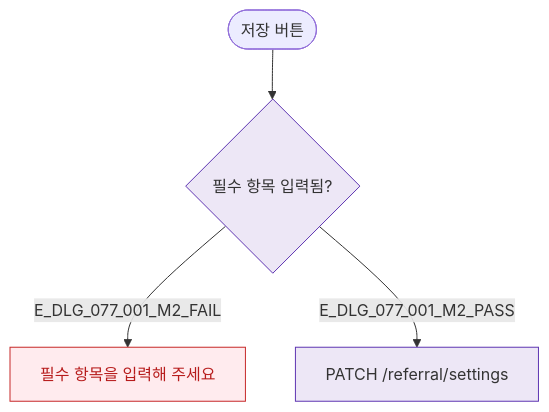
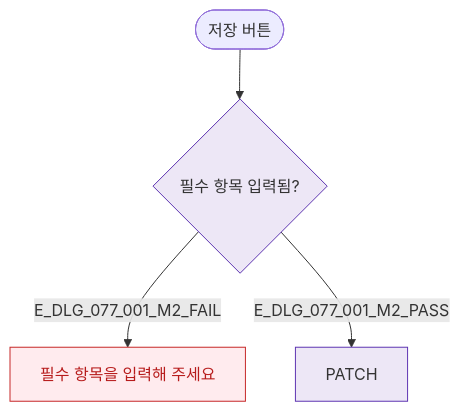
One commit to dev-spogym/admin-pando changed the diagram in docs/다이어그램/D08_마케팅/DLG/DLG-077-001/M2_필드검증.md. Above: the diagram before and after it, drawn with Mermaid. The commit also changed other lines of this file and 1660 other files, not shown here.

First line of the commit message:
다이어그램: 기획자/클라이언트 납품본으로 정리

````diff
--- a/docs/다이어그램/D08_마케팅/DLG/DLG-077-001/M2_필드검증.md
+++ b/docs/다이어그램/D08_마케팅/DLG/DLG-077-001/M2_필드검증.md
@@ -14,12 +12,12 @@
 ```mermaid
 flowchart TD
   SUBMIT([저장 버튼]) --> V_REQ{필수 항목 입력됨?}
-  V_REQ -->|E_DLG_077_001_M2_FAIL| ERR[필수 항목을 입력해 주세요]
-  V_REQ -->|E_DLG_077_001_M2_PASS| API[PATCH /referral/settings]
+  V_REQ -->|E_DLG_077_001_M2_FAIL|ERR[필수 항목을 입력해 주세요]
+  V_REQ -->|E_DLG_077_001_M2_PASS|API[PATCH]
 
-  classDef error  fill:#FFEBEE,stroke:#C62828,color:#B71C1C
+  classDef error fill:#FFEBEE,stroke:#C62828,color:#B71C1C
   classDef system fill:#EDE7F6,stroke:#5E35B2
 
   class ERR error
   class V_REQ,API system
 ```
````
